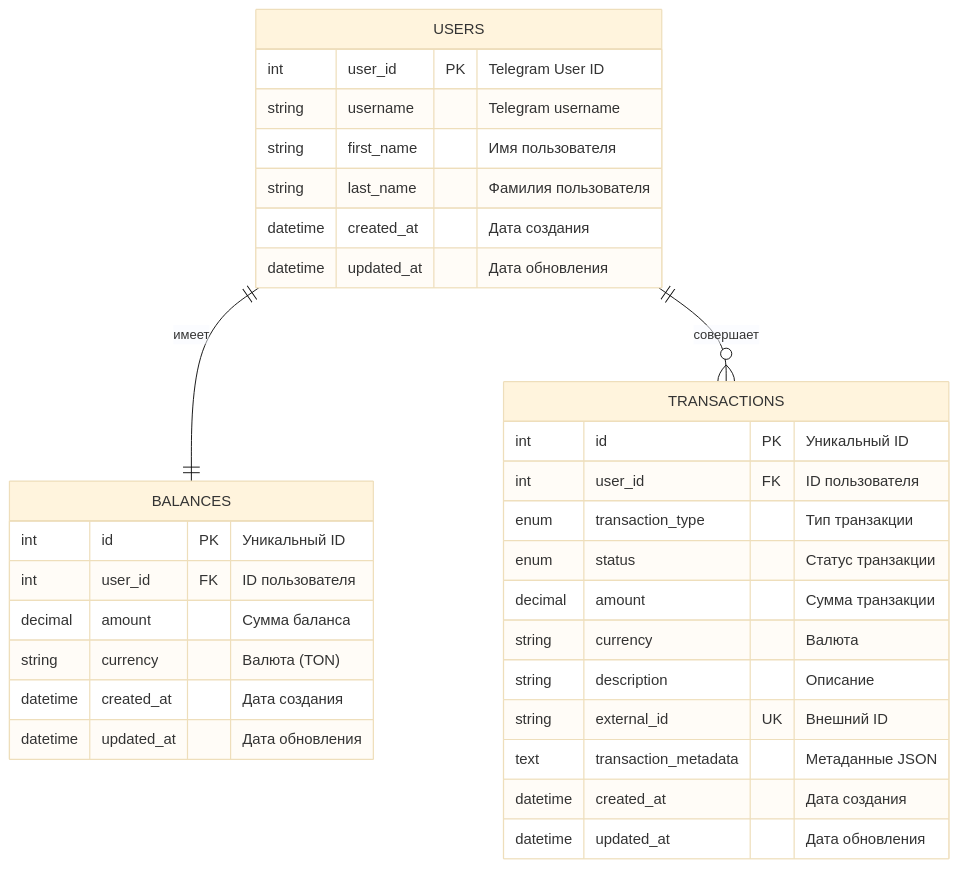
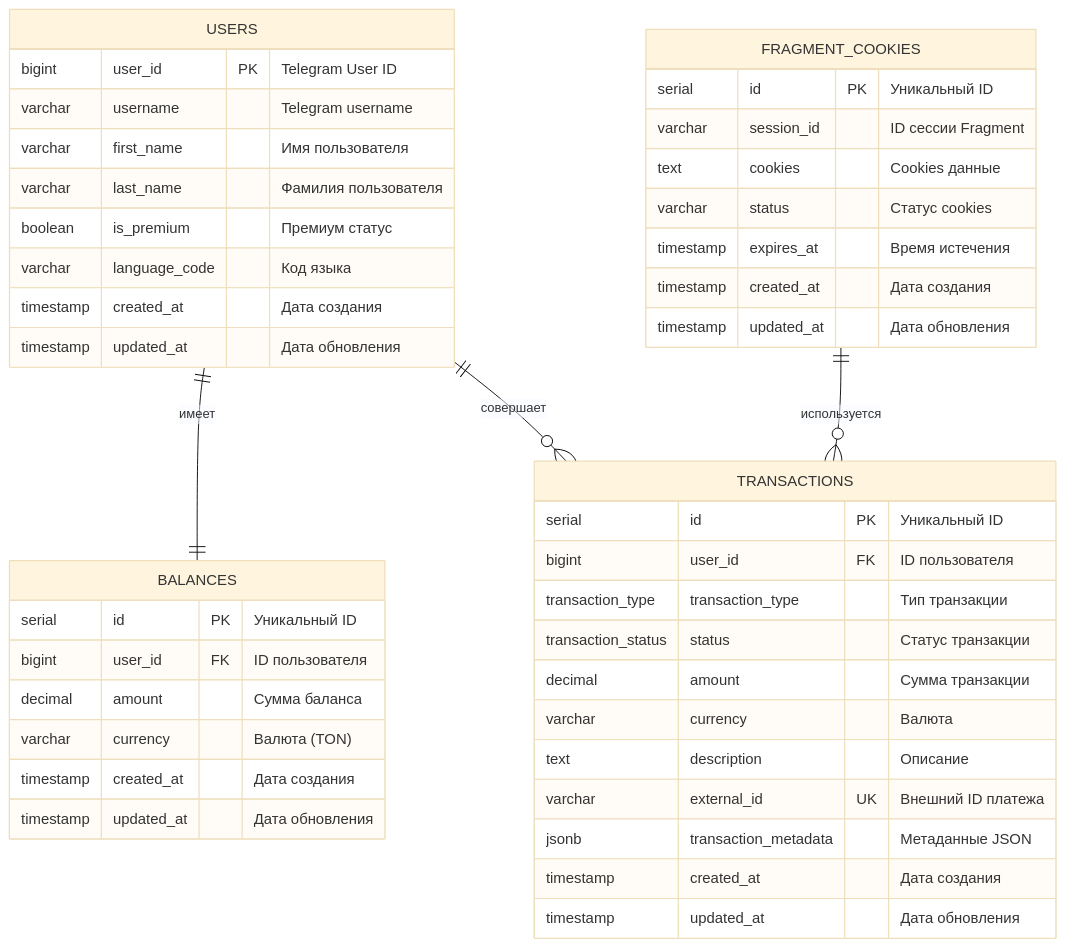
Before and after one commit to neKamita/Mirza-Telegram-Shop-Bot: the third of 11 diagrams in README.md, drawn with Mermaid (base theme). The commit also changed other lines of this file and 7 other files, not shown here.

````diff
--- a/README.md
+++ b/README.md
@@ -211,37 +218,50 @@
 ```mermaid
 erDiagram
     USERS {
-        int user_id PK "Telegram User ID"
-        string username "Telegram username"
-        string first_name "Имя пользователя"
-        string last_name "Фамилия пользователя"
-        datetime created_at "Дата создания"
-        datetime updated_at "Дата обновления"
+        bigint user_id PK "Telegram User ID"
+        varchar username "Telegram username"
+        varchar first_name "Имя пользователя"
+        varchar last_name "Фамилия пользователя"
+        boolean is_premium "Премиум статус"
+        varchar language_code "Код языка"
+        timestamp created_at "Дата создания"
+        timestamp updated_at "Дата обновления"
     }
 
     BALANCES {
-        int id PK "Уникальный ID"
-        int user_id FK "ID пользователя"
+        serial id PK "Уникальный ID"
+        bigint user_id FK "ID пользователя"
         decimal amount "Сумма баланса"
-        string currency "Валюта (TON)"
-        datetime created_at "Дата создания"
-        datetime updated_at "Дата обновления"
+        varchar currency "Валюта (TON)"
+        timestamp created_at "Дата создания"
+        timestamp updated_at "Дата обновления"
     }
 
     TRANSACTIONS {
-        int id PK "Уникальный ID"
-        int user_id FK "ID пользователя"
-        enum transaction_type "Тип транзакции"
-        enum status "Статус транзакции"
+        serial id PK "Уникальный ID"
+        bigint user_id FK "ID пользователя"
+        transaction_type transaction_type "Тип транзакции"
+        transaction_status status "Статус транзакции"
         decimal amount "Сумма транзакции"
-        string currency "Валюта"
-        string description "Описание"
-        string external_id UK "Внешний ID"
-        text transaction_metadata "Метаданные JSON"
-        datetime created_at "Дата создания"
-        datetime updated_at "Дата обновления"
+        varchar currency "Валюта"
+        text description "Описание"
+        varchar external_id UK "Внешний ID платежа"
+        jsonb transaction_metadata "Метаданные JSON"
+        timestamp created_at "Дата создания"
+        timestamp updated_at "Дата обновления"
+    }
+
+    FRAGMENT_COOKIES {
+        serial id PK "Уникальный ID"
+        varchar session_id "ID сессии Fragment"
+        text cookies "Cookies данные"
+        varchar status "Статус cookies"
+        timestamp expires_at "Время истечения"
+        timestamp created_at "Дата создания"
+        timestamp updated_at "Дата обновления"
     }
 
     USERS ||--|| BALANCES : "имеет"
     USERS ||--o{ TRANSACTIONS : "совершает"
+    FRAGMENT_COOKIES ||--o{ TRANSACTIONS : "используется"
 ```
````
